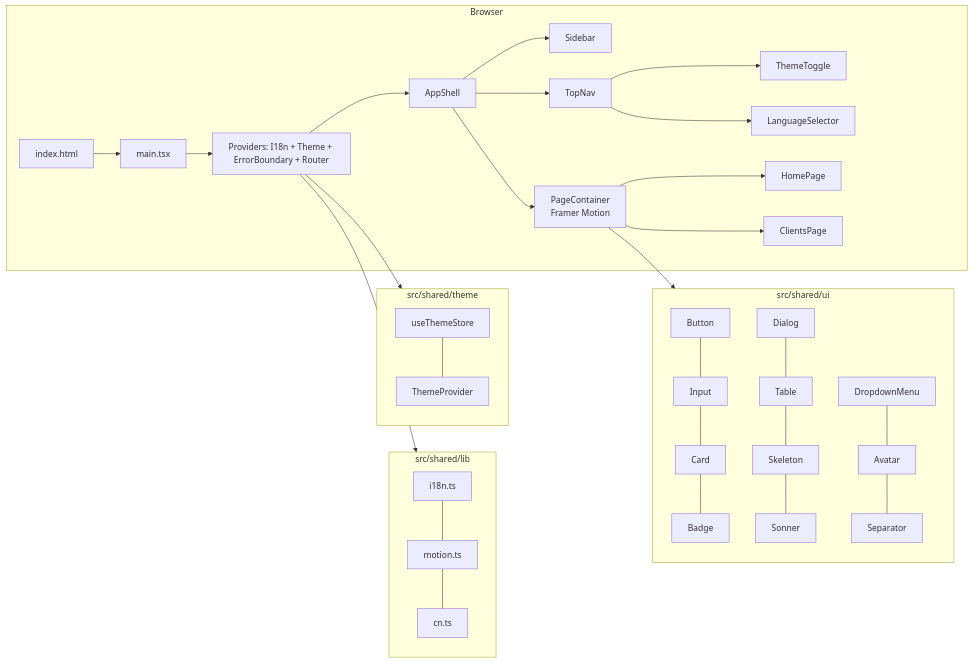
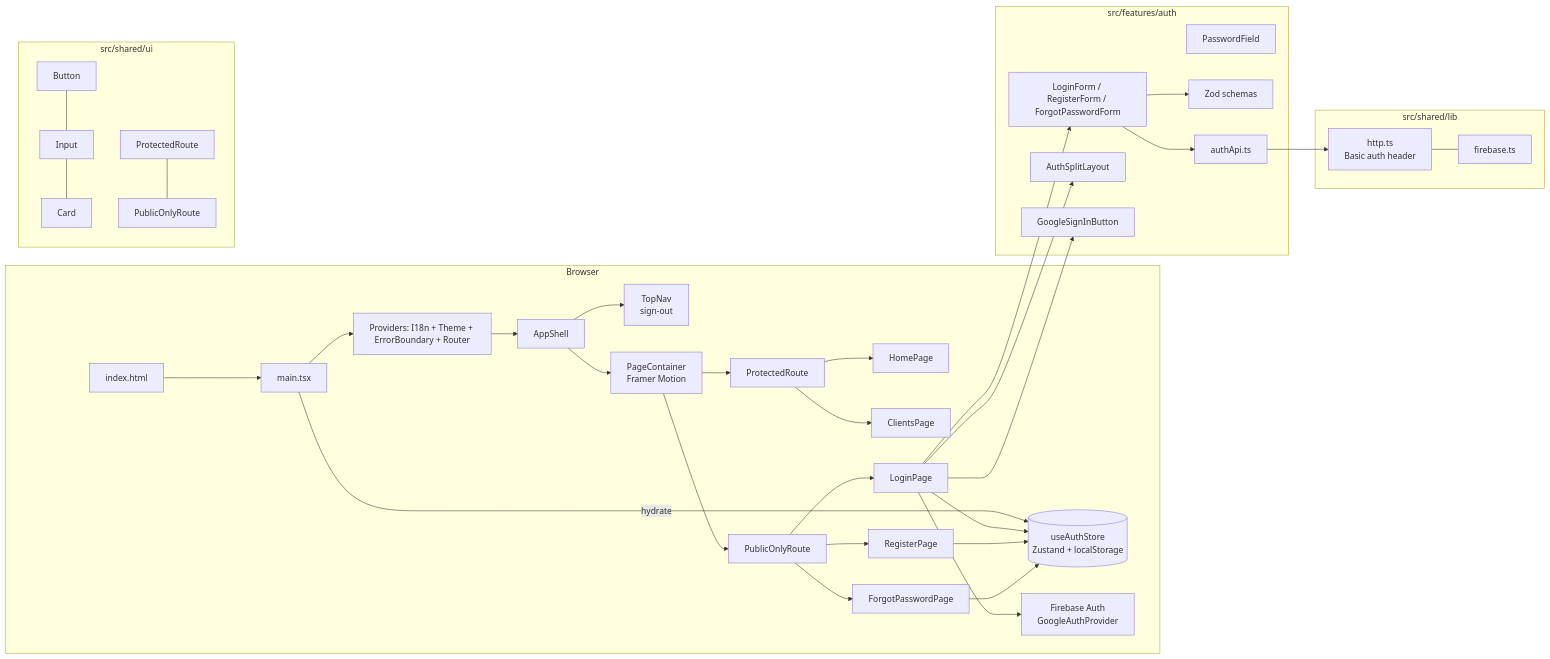
The fourth of 4 diagrams in docs/ARCHITECTURE.md (elsonveliu240186/invoice-tracker), drawn with Mermaid before and after one commit. The commit also changed other lines of this file and 94 other files, not shown here.

````diff
--- a/docs/ARCHITECTURE.md
+++ b/docs/ARCHITECTURE.md
@@ -60,29 +71,43 @@
 ```mermaid
 flowchart LR
     subgraph Browser
       idx[index.html] --> main[main.tsx]
+      main -->|hydrate| authStore[(useAuthStore<br/>Zustand + localStorage)]
       main --> providers[Providers: I18n + Theme + ErrorBoundary + Router]
       providers --> shell[AppShell]
-      shell --> sidebar[Sidebar]
-      shell --> topnav[TopNav]
-      topnav --> tt[ThemeToggle]
-      topnav --> ls[LanguageSelector]
+      shell --> topnav[TopNav<br/>sign-out]
       shell --> page[PageContainer<br/>Framer Motion]
-      page --> home[HomePage]
-      page --> clients[ClientsPage]
+      page --> guard_p[ProtectedRoute]
+      page --> guard_pub[PublicOnlyRoute]
+      guard_p --> home[HomePage]
+      guard_p --> clients[ClientsPage]
+      guard_pub --> login[LoginPage]
+      guard_pub --> register[RegisterPage]
+      guard_pub --> forgot[ForgotPasswordPage]
+      login --> authStore
+      register --> authStore
+      forgot --> authStore
+      login --> fbase[Firebase Auth<br/>GoogleAuthProvider]
+    end
+    subgraph AuthFeature[src/features/auth]
+      forms[LoginForm / RegisterForm / ForgotPasswordForm]
+      layout[AuthSplitLayout]
+      google[GoogleSignInButton]
+      pwfield[PasswordField]
+      schema[Zod schemas]
+      authApi[authApi.ts]
     end
     subgraph SharedUI[src/shared/ui]
-      btn[Button] --- inp[Input] --- card[Card] --- badge[Badge]
-      dlg[Dialog] --- tbl[Table] --- skl[Skeleton] --- son[Sonner]
-      dd[DropdownMenu] --- av[Avatar] --- sep[Separator]
+      btn[Button] --- inp[Input] --- card[Card]
+      prot[ProtectedRoute] --- pub[PublicOnlyRoute]
     end
     subgraph SharedLib[src/shared/lib]
-      i18n[i18n.ts] --- motion[motion.ts] --- cn[cn.ts]
+      http[http.ts<br/>Basic auth header] --- firebase[firebase.ts]
     end
-    subgraph SharedTheme[src/shared/theme]
-      store[useThemeStore] --- provider[ThemeProvider]
-    end
-    page --> SharedUI
-    providers --> SharedTheme
-    providers --> SharedLib
+    login --> forms
+    login --> layout
+    login --> google
+    forms --> schema
+    forms --> authApi
+    authApi --> http
 ```
````
